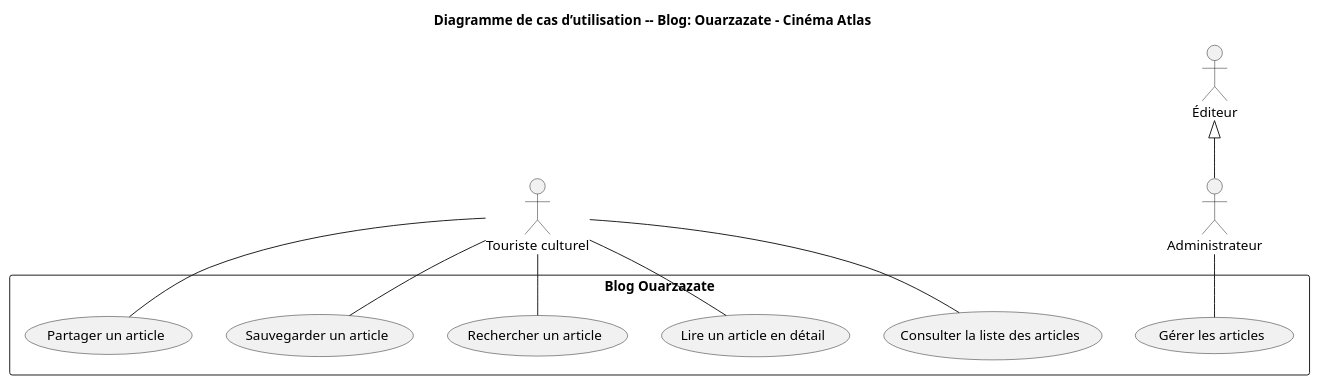
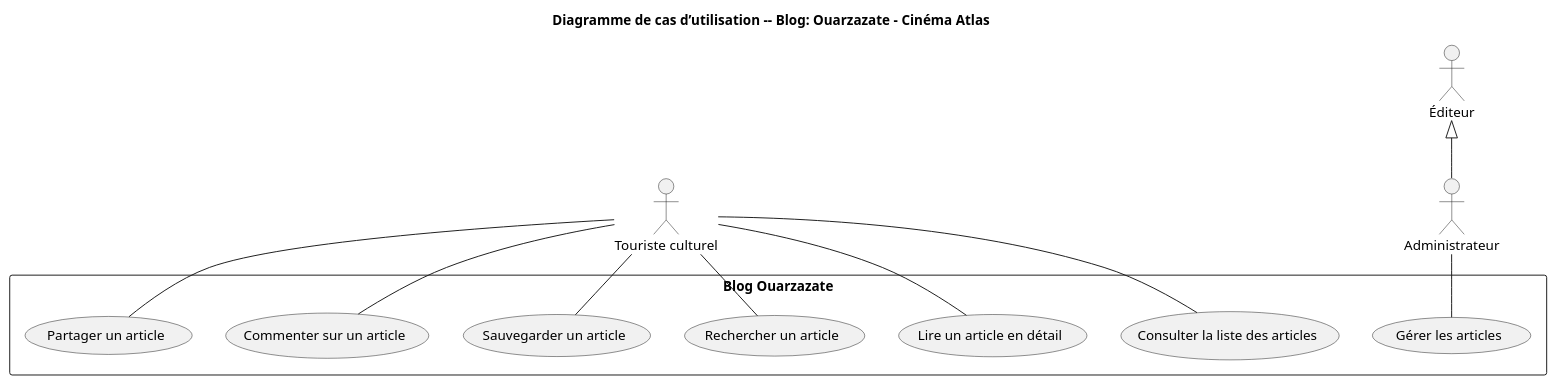
One commit to BENYEKHLEF-Anouar/Analyse-du-besoin changed the diagram in Fonctionnalités principales et cas d’utilisation/Diagramme-UML.puml. Above: the diagram before and after it, drawn with PlantUML.

```diff
--- a/Fonctionnalités principales et cas d’utilisation/Diagramme-UML.puml
+++ b/Fonctionnalités principales et cas d’utilisation/Diagramme-UML.puml
@@ -1,26 +1,30 @@
 @startuml
 title Diagramme de cas d’utilisation -- Blog: Ouarzazate - Cinéma Atlas
 
 actor "Touriste culturel" as Touriste
 actor "Administrateur" as Admin
 Éditeur <|--  Admin
 
 rectangle "Blog Ouarzazate" {
   
   (Consulter la liste des articles) as UC1
   (Lire un article en détail) as UC2
   (Rechercher un article) as UC3
   (Sauvegarder un article) as UC4
+  (Commenter sur un article) as UC7
   (Partager un article) as UC5
   (Gérer les articles) as UC6
 }
 
 Touriste -- UC1
 Touriste -- UC2
 Touriste -- UC3
 Touriste -- UC4
 Touriste -- UC5
+Touriste -- UC7
+
+
 
 Admin -- UC6
 
 @enduml
```
